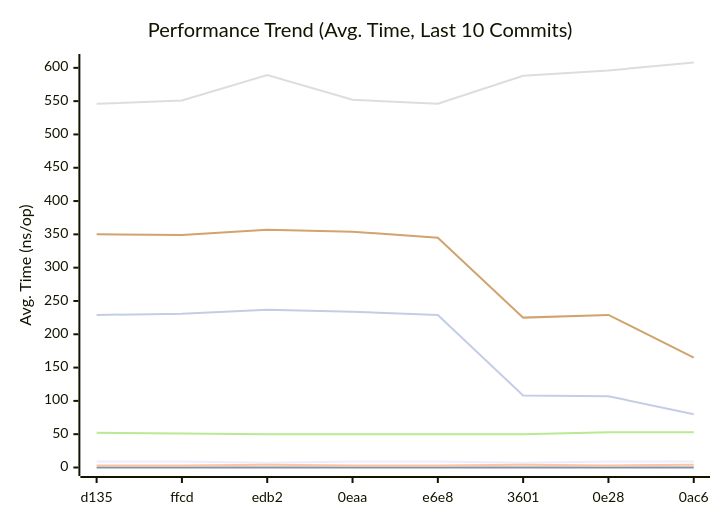
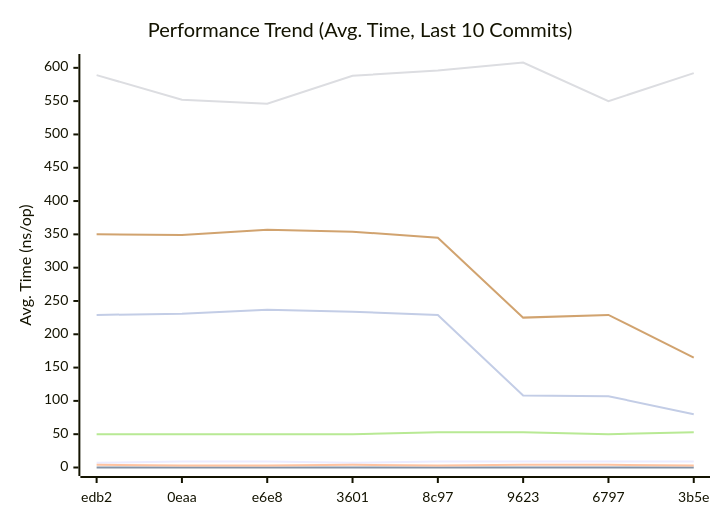
The first of 3 diagrams in docs/README.md (alsotoes/momo), drawn with Mermaid before and after one commit. The commit also changed other lines of this file and 9 other files, not shown here.

````diff
--- a/docs/README.md
+++ b/docs/README.md
@@ -303,14 +303,14 @@
 ```mermaid
 xychart-beta
     title "Performance Trend (Avg. Time, Last 10 Commits)"
     x-axis "Commit"
     y-axis "Avg. Time (ns/op)"
-    x-axis [d135,ffcd,edb2,0eaa,e6e8,3601,0e28,0ac6]
-    line "CheckMetricsAndSwap" [9,9,7,9,9,7,9,9,8,9]
+    x-axis [edb2,0eaa,e6e8,3601,8c97,9623,6797,3b5e]
+    line "CheckMetricsAndSwap" [7,9,9,7,9,9,9,9,9,9]
     line "IndexDirectTracking" [0,0,0,0,0,0,0,0,0,0]
-    line "IndexSearch" [3,3,4,3,3,4,3,4,4,3]
-    line "LoadGlobalConfig" [546,551,589,552,546,588,596,608,611,552]
-    line "PadString" [52,51,50,50,50,50,53,53,50,50]
+    line "IndexSearch" [4,3,3,4,3,4,4,3,3,2]
+    line "LoadGlobalConfig" [589,552,546,588,596,608,550,592,587,587]
+    line "PadString" [50,50,50,50,53,53,50,53,53,53]
     line "ParseReplicationOrder_NoPrealloc" [350,349,357,354,345,225,229,165,232,234]
     line "ParseReplicationOrder_Prealloc" [229,231,237,234,229,108,107,80,110,109]
 ```
````
